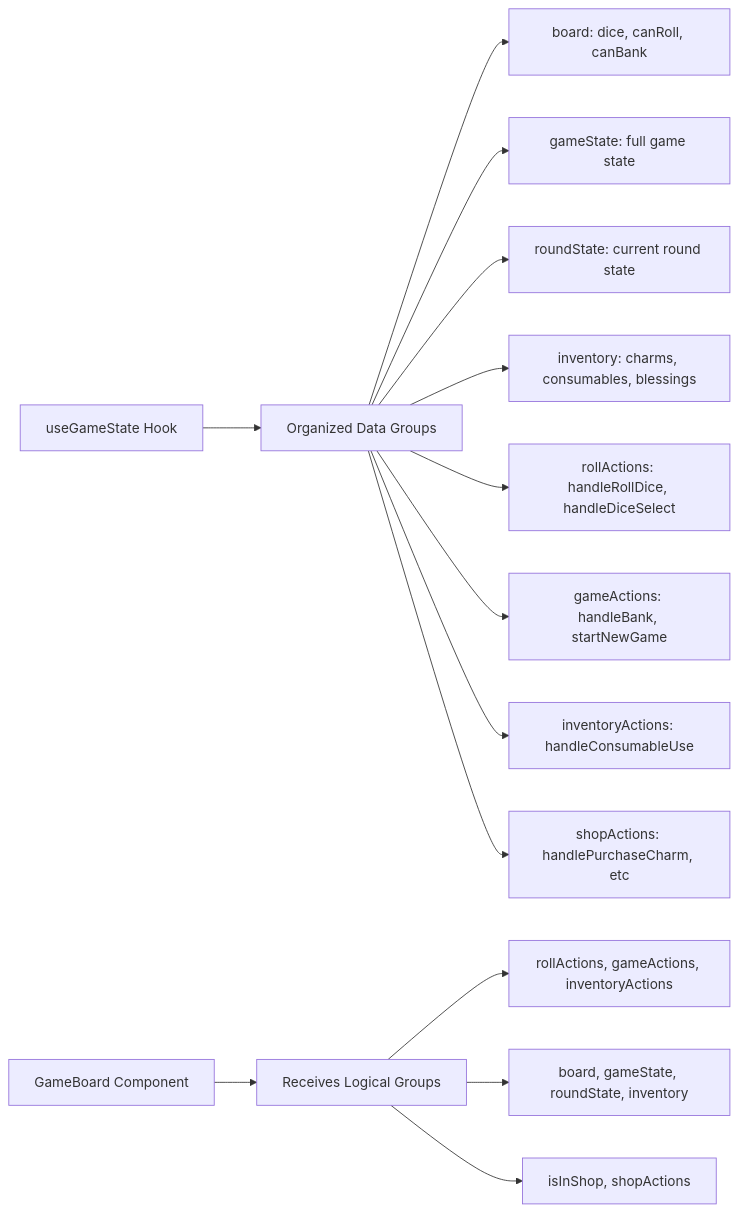
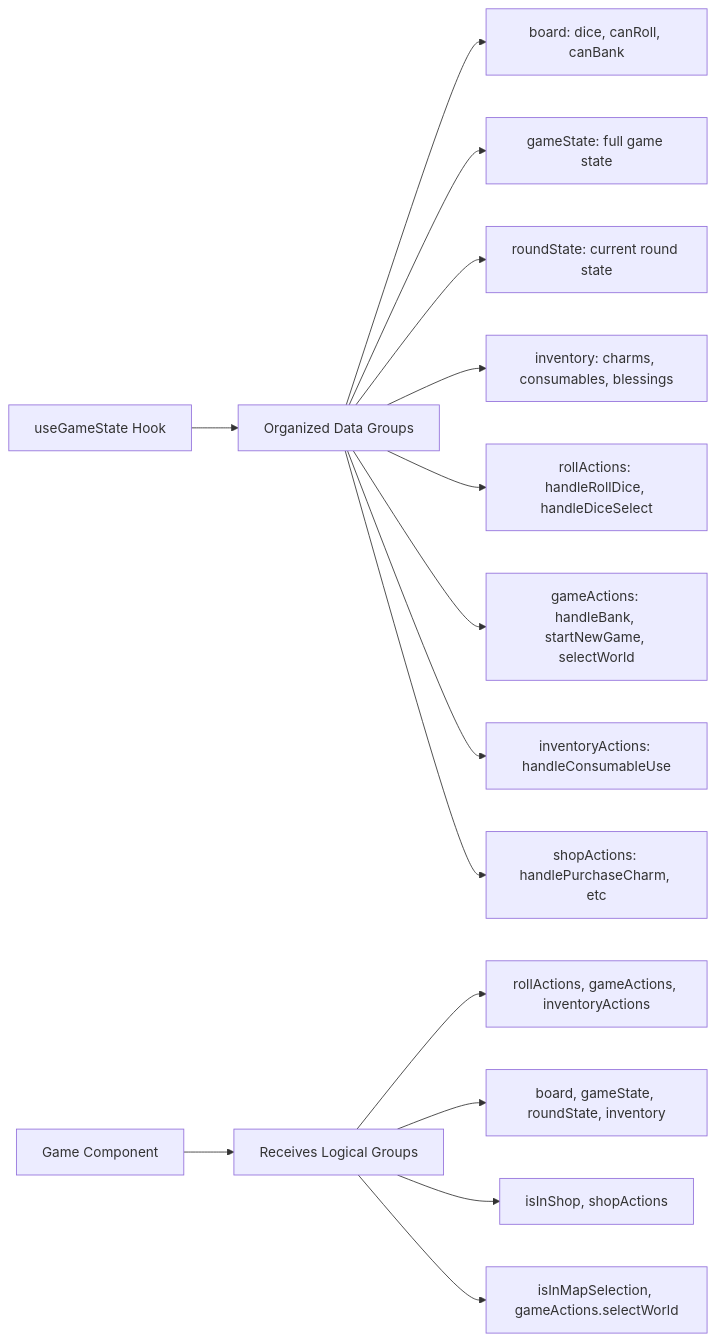
Diagram 12 of 13 in docs/architecture/architecture-diagrams.md (bbeaudet-dev/rollio), drawn with Mermaid before and after one commit. The commit also changed other lines of this file and 8 other files, not shown here.

````diff
--- a/docs/architecture/architecture-diagrams.md
+++ b/docs/architecture/architecture-diagrams.md
@@ -377,17 +398,18 @@
 ```mermaid
 flowchart LR
     A[useGameState Hook] --> B[Organized Data Groups]
     B --> C[board: dice, canRoll, canBank]
     B --> D[gameState: full game state]
     B --> E[roundState: current round state]
     B --> F[inventory: charms, consumables, blessings]
     B --> G[rollActions: handleRollDice, handleDiceSelect]
-    B --> H[gameActions: handleBank, startNewGame]
+    B --> H[gameActions: handleBank, startNewGame, selectWorld]
     B --> I[inventoryActions: handleConsumableUse]
     B --> J[shopActions: handlePurchaseCharm, etc]
 
-    K[GameBoard Component] --> L[Receives Logical Groups]
+    K[Game Component] --> L[Receives Logical Groups]
     L --> M[rollActions, gameActions, inventoryActions]
     L --> N[board, gameState, roundState, inventory]
     L --> O[isInShop, shopActions]
+    L --> P[isInMapSelection, gameActions.selectWorld]
 ```
````
